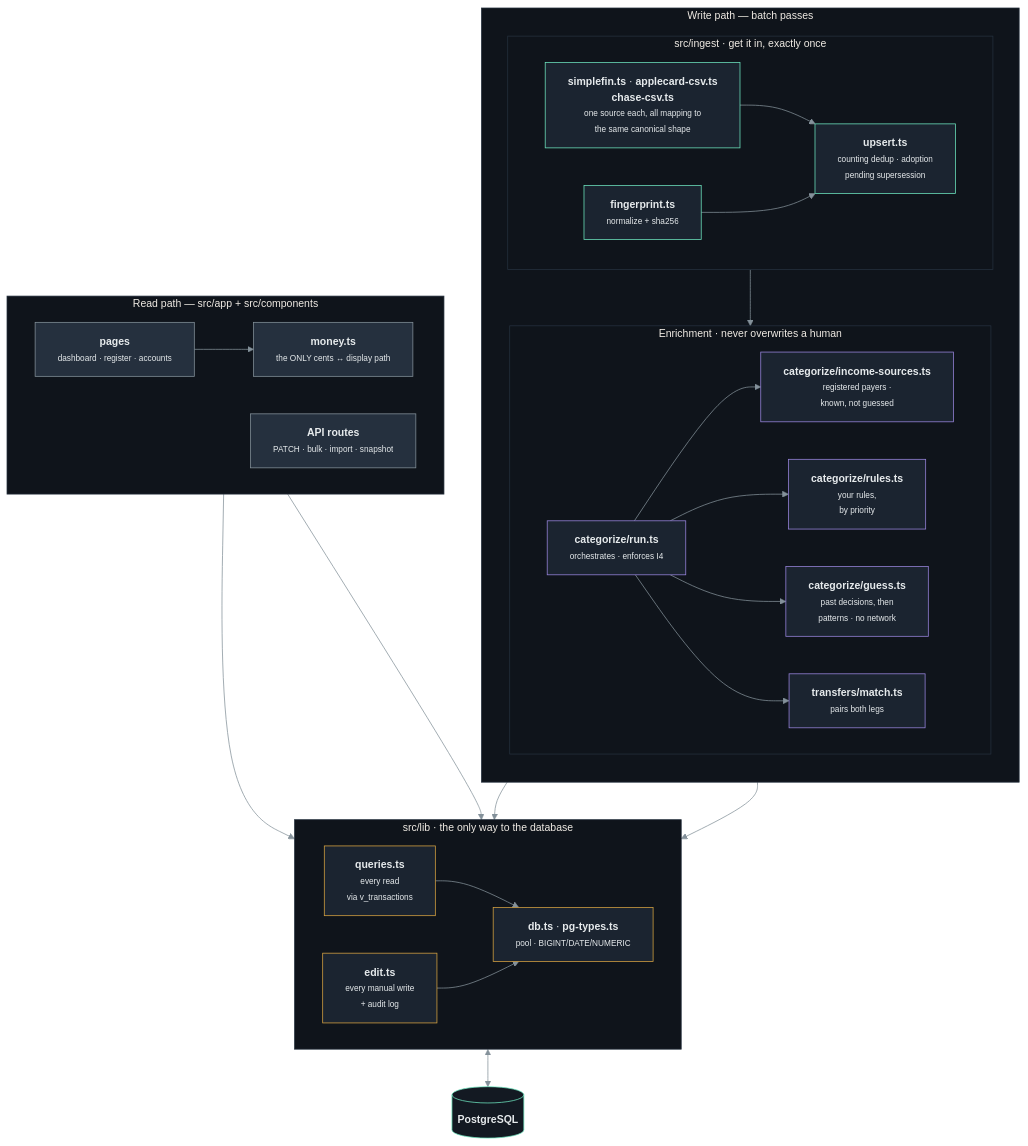
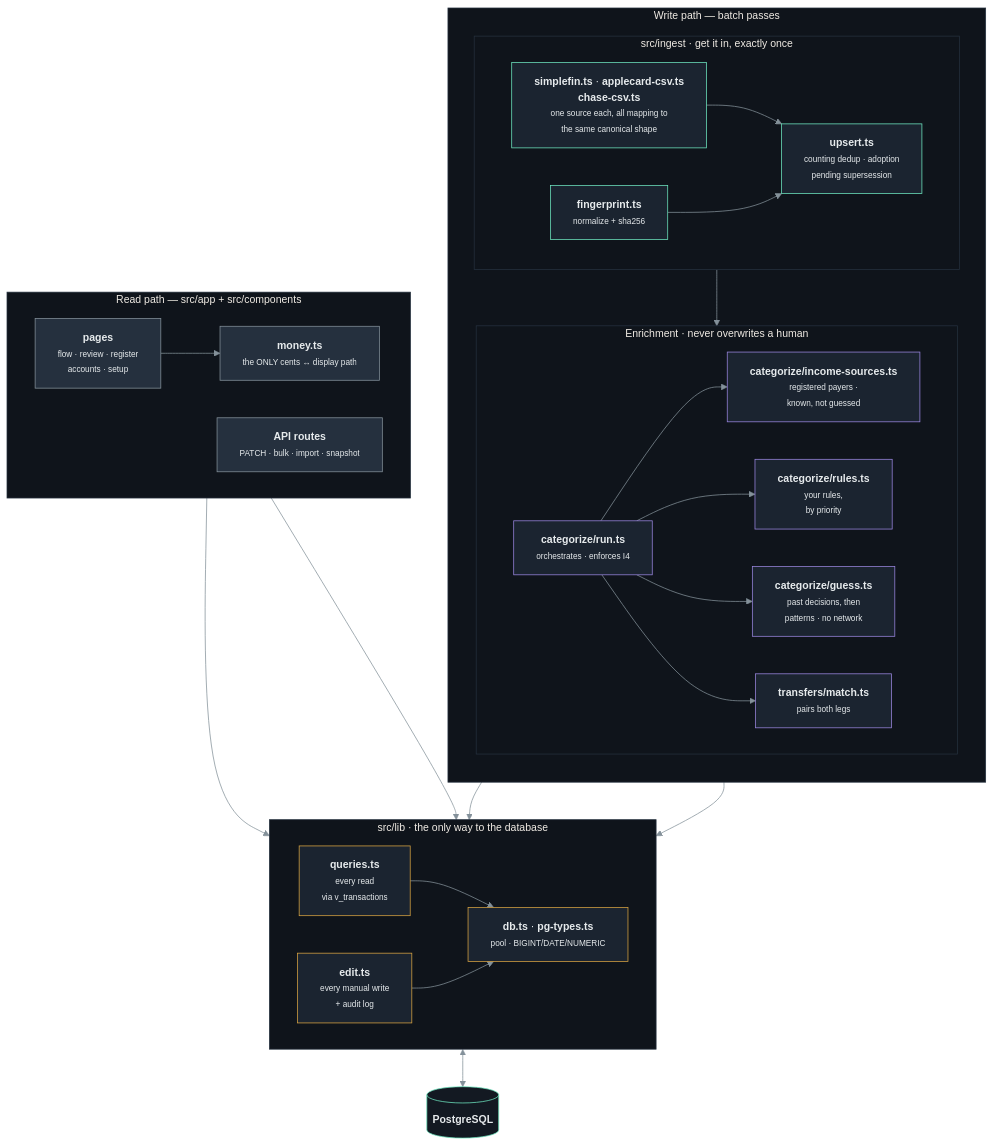
The diagram in docs/architecture/components.md (aryamanram/personal-finance-manager), drawn with Mermaid before and after one commit. The commit also changed 14 other files, not shown here.

````diff
--- a/docs/architecture/components.md
+++ b/docs/architecture/components.md
@@ -7,71 +7,71 @@
 ```mermaid
 %%{init: {'theme':'base','themeVariables':{
   'background':'transparent',
   'primaryColor':'#1b2430','primaryTextColor':'#e6eaec','primaryBorderColor':'#34424f',
   'lineColor':'#84919a','secondaryColor':'#131922','tertiaryColor':'#0f141b',
   'clusterBkg':'#0f141b','clusterBorder':'#25303e',
   'edgeLabelBackground':'#0b0f14','fontSize':'14px'
 }}}%%
 flowchart TB
     subgraph write["Write path — batch passes"]
         direction TB
 
         subgraph ingest["src/ingest · get it in, exactly once"]
             direction LR
             sources["<b>simplefin.ts</b> · <b>applecard-csv.ts</b><br/><b>chase-csv.ts</b><br/><span style='font-size:11px'>one source each, all mapping to<br/>the same canonical shape</span>"]
             fingerprint["<b>fingerprint.ts</b><br/><span style='font-size:11px'>normalize + sha256</span>"]
             upsert["<b>upsert.ts</b><br/><span style='font-size:11px'>counting dedup · adoption<br/>pending supersession</span>"]
         end
 
         subgraph enrich["Enrichment · never overwrites a human"]
             direction LR
             runcat["<b>categorize/run.ts</b><br/><span style='font-size:11px'>orchestrates · enforces I4</span>"]
             income["<b>categorize/income-sources.ts</b><br/><span style='font-size:11px'>registered payers ·<br/>known, not guessed</span>"]
             rules["<b>categorize/rules.ts</b><br/><span style='font-size:11px'>your rules,<br/>by priority</span>"]
             guess["<b>categorize/guess.ts</b><br/><span style='font-size:11px'>past decisions, then<br/>patterns · no network</span>"]
             match["<b>transfers/match.ts</b><br/><span style='font-size:11px'>pairs both legs</span>"]
         end
     end
 
     subgraph gate["src/lib · the only way to the database"]
         direction LR
         queries["<b>queries.ts</b><br/><span style='font-size:11px'>every read<br/>via v_transactions</span>"]
         edit["<b>edit.ts</b><br/><span style='font-size:11px'>every manual write<br/>+ audit log</span>"]
         dbmod["<b>db.ts</b> · <b>pg-types.ts</b><br/><span style='font-size:11px'>pool · BIGINT/DATE/NUMERIC</span>"]
     end
 
     subgraph ui["Read path — src/app + src/components"]
         direction LR
-        pages["<b>pages</b><br/><span style='font-size:11px'>dashboard · register · accounts</span>"]
+        pages["<b>pages</b><br/><span style='font-size:11px'>flow · review · register<br/>accounts · setup</span>"]
         api["<b>API routes</b><br/><span style='font-size:11px'>PATCH · bulk · import · snapshot</span>"]
         money["<b>money.ts</b><br/><span style='font-size:11px'>the ONLY cents ↔ display path</span>"]
     end
 
     pg[("<b>PostgreSQL</b>")]
 
     sources --> upsert
     fingerprint --> upsert
     upsert --> enrich
     runcat --> income & rules & guess & match
 
     upsert --> dbmod
     enrich --> dbmod
     queries --> dbmod
     edit --> dbmod
     dbmod <--> pg
 
     pages --> queries
     pages --> money
     api --> edit
 
     classDef ing fill:#1b2430,stroke:#6ee7c0,color:#e6eaec
     classDef enr fill:#1b2430,stroke:#9a86e0,color:#e6eaec
     classDef dat fill:#1b2430,stroke:#d9a441,color:#e6eaec
     classDef uic fill:#25303e,stroke:#84919a,color:#e6eaec
     classDef store fill:#131922,stroke:#6ee7c0,color:#e6eaec
     class sources,fingerprint,upsert ing
     class runcat,income,rules,guess,match enr
     class queries,edit,dbmod dat
     class pages,api,money uic
     class pg store
 ```
````
